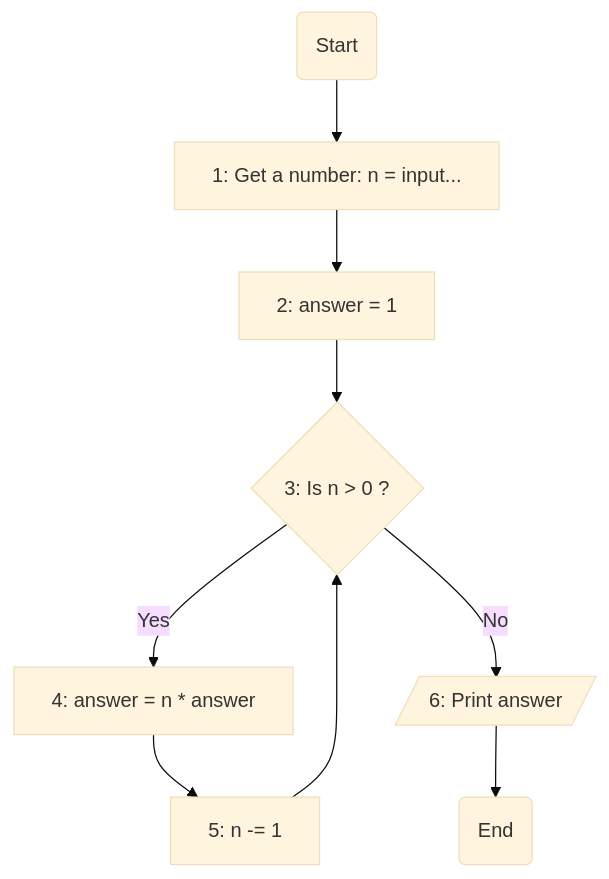
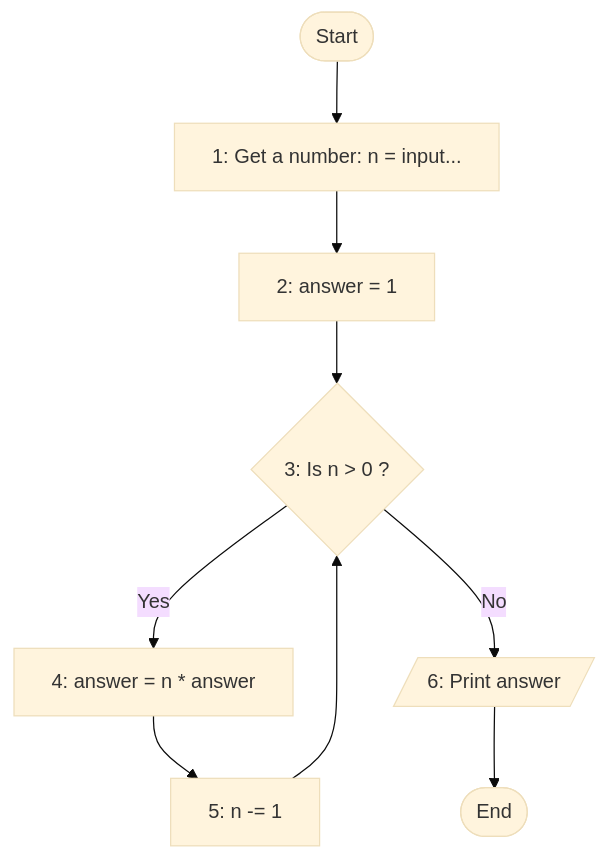
Before and after one commit to hayyaun/kids: the diagram in helps/exercise-3-1.md, drawn with Mermaid (base theme). The commit also changed 4 other files, not shown here.

````diff
--- a/helps/exercise-3-1.md
+++ b/helps/exercise-3-1.md
@@ -35,13 +35,15 @@
 ```mermaid
 flowchart TD
     A(Start) --> B["1: Get a number: n = input..."]
     B --> C[2: answer = 1]
     C --> D{3: Is n > 0 ?}
     D -- Yes --> E[4: answer = n * answer]
     E --> F[5: n -= 1]
     F --> D
     D -- No --> G[6: Print answer]
     G --> H(End)
 
     G@{ shape: in-out}
+    A@{ shape: terminal }
+    H@{ shape: terminal }
 ```
````
